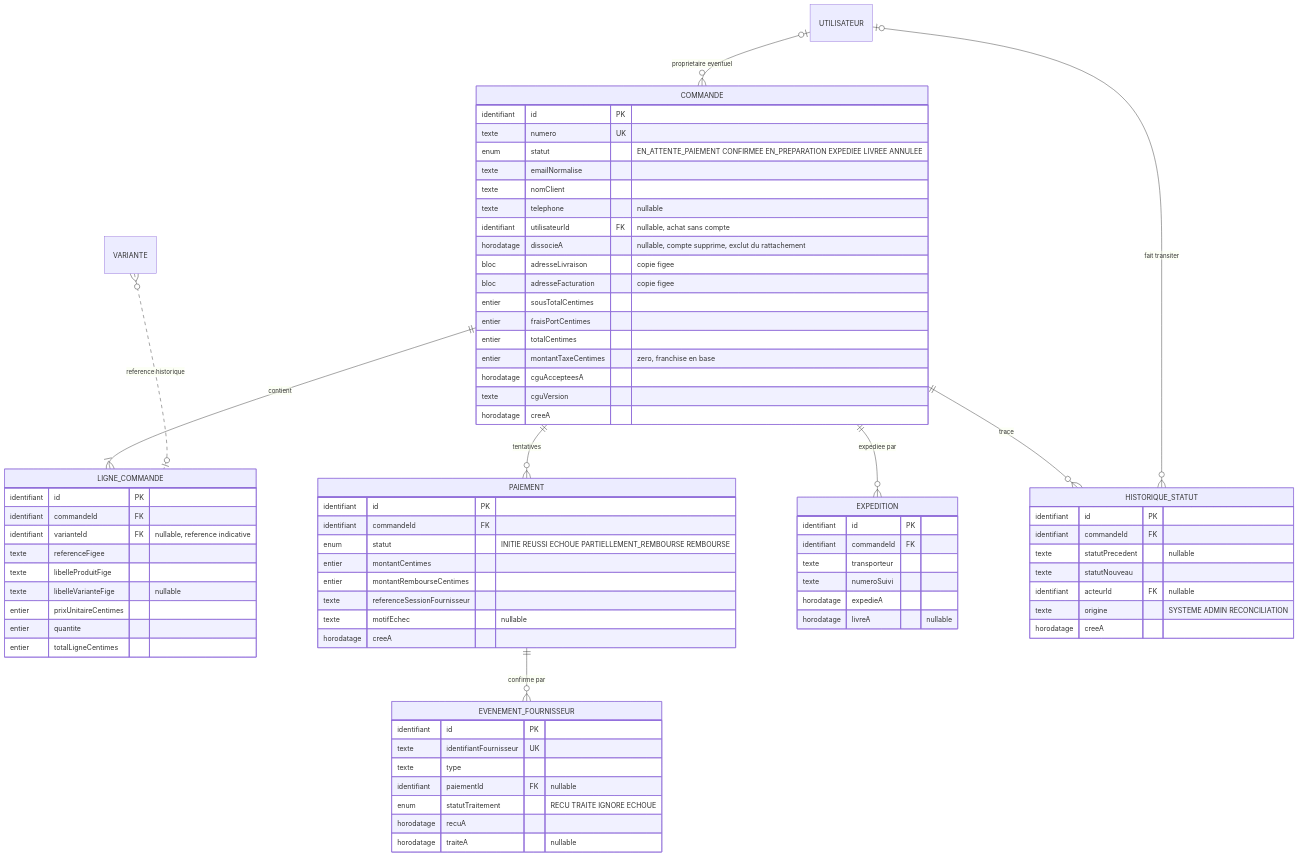
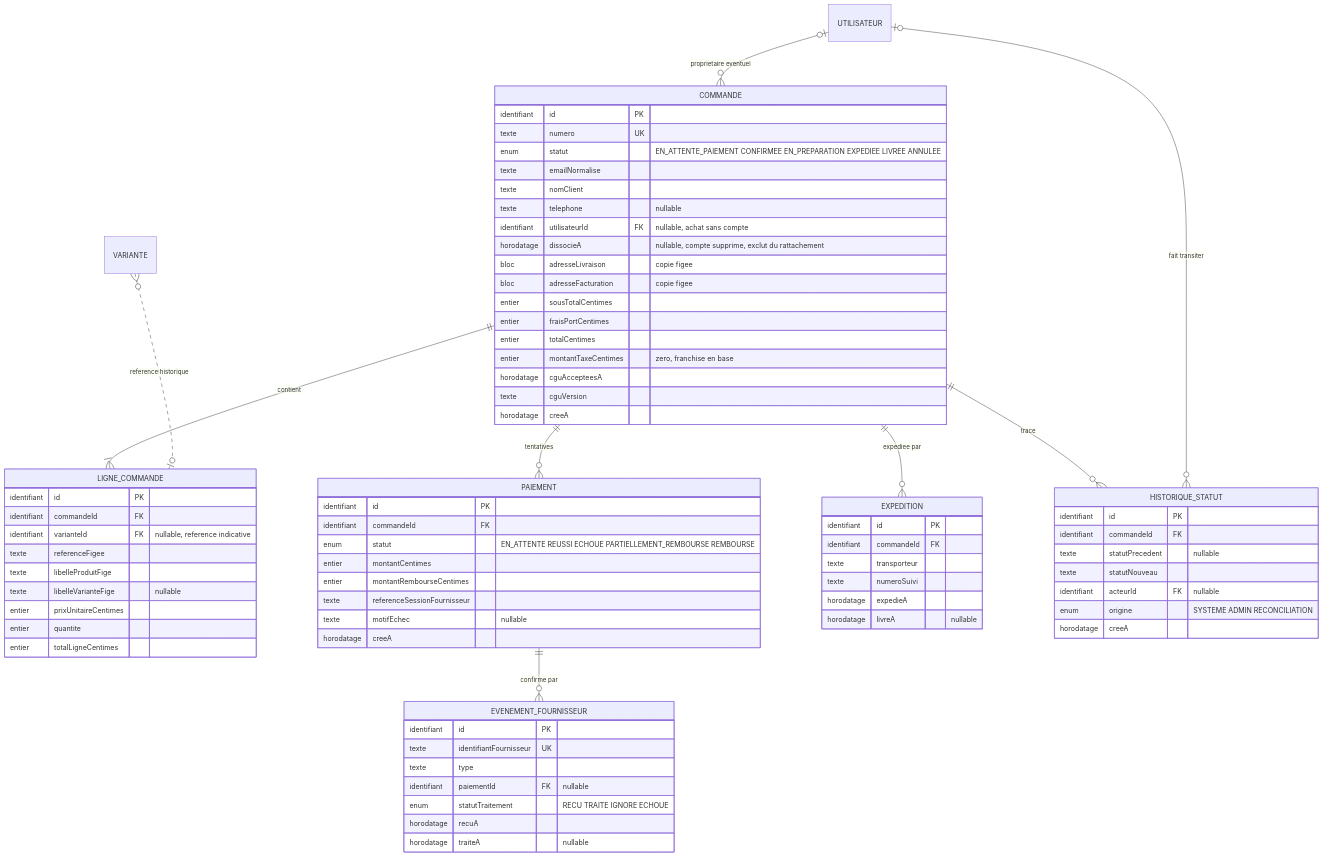
Before and after one commit to krismos64/lune-soleil: the fourth of 9 diagrams in docs/architecture/MODELE-CONCEPTUEL.md, drawn with Mermaid. The commit also changed other lines of this file and 4 other files, not shown here.

````diff
--- a/docs/architecture/MODELE-CONCEPTUEL.md
+++ b/docs/architecture/MODELE-CONCEPTUEL.md
@@ -351,78 +351,78 @@
 ```mermaid
 erDiagram
     COMMANDE ||--|{ LIGNE_COMMANDE : "contient"
     COMMANDE ||--o{ PAIEMENT : "tentatives"
     COMMANDE ||--o{ EXPEDITION : "expediee par"
     COMMANDE ||--o{ HISTORIQUE_STATUT : "trace"
     UTILISATEUR |o--o{ HISTORIQUE_STATUT : "fait transiter"
     PAIEMENT ||--o{ EVENEMENT_FOURNISSEUR : "confirme par"
     VARIANTE }o..o| LIGNE_COMMANDE : "reference historique"
     UTILISATEUR |o--o{ COMMANDE : "proprietaire eventuel"
 
     COMMANDE {
         identifiant id PK
         texte numero UK
         enum statut "EN_ATTENTE_PAIEMENT CONFIRMEE EN_PREPARATION EXPEDIEE LIVREE ANNULEE"
         texte emailNormalise
         texte nomClient
         texte telephone "nullable"
         identifiant utilisateurId FK "nullable, achat sans compte"
         horodatage dissocieA "nullable, compte supprime, exclut du rattachement"
         bloc adresseLivraison "copie figee"
         bloc adresseFacturation "copie figee"
         entier sousTotalCentimes
         entier fraisPortCentimes
         entier totalCentimes
         entier montantTaxeCentimes "zero, franchise en base"
         horodatage cguAccepteesA
         texte cguVersion
         horodatage creeA
     }
     LIGNE_COMMANDE {
         identifiant id PK
         identifiant commandeId FK
         identifiant varianteId FK "nullable, reference indicative"
         texte referenceFigee
         texte libelleProduitFige
         texte libelleVarianteFige "nullable"
         entier prixUnitaireCentimes
         entier quantite
         entier totalLigneCentimes
     }
     PAIEMENT {
         identifiant id PK
         identifiant commandeId FK
-        enum statut "INITIE REUSSI ECHOUE PARTIELLEMENT_REMBOURSE REMBOURSE"
+        enum statut "EN_ATTENTE REUSSI ECHOUE PARTIELLEMENT_REMBOURSE REMBOURSE"
         entier montantCentimes
         entier montantRembourseCentimes
         texte referenceSessionFournisseur
         texte motifEchec "nullable"
         horodatage creeA
     }
     EVENEMENT_FOURNISSEUR {
         identifiant id PK
         texte identifiantFournisseur UK
         texte type
         identifiant paiementId FK "nullable"
         enum statutTraitement "RECU TRAITE IGNORE ECHOUE"
         horodatage recuA
         horodatage traiteA "nullable"
     }
     EXPEDITION {
         identifiant id PK
         identifiant commandeId FK
         texte transporteur
         texte numeroSuivi
         horodatage expedieA
         horodatage livreA "nullable"
     }
     HISTORIQUE_STATUT {
         identifiant id PK
         identifiant commandeId FK
         texte statutPrecedent "nullable"
         texte statutNouveau
         identifiant acteurId FK "nullable"
-        texte origine "SYSTEME ADMIN RECONCILIATION"
+        enum origine "SYSTEME ADMIN RECONCILIATION"
         horodatage creeA
     }
 ```
````
